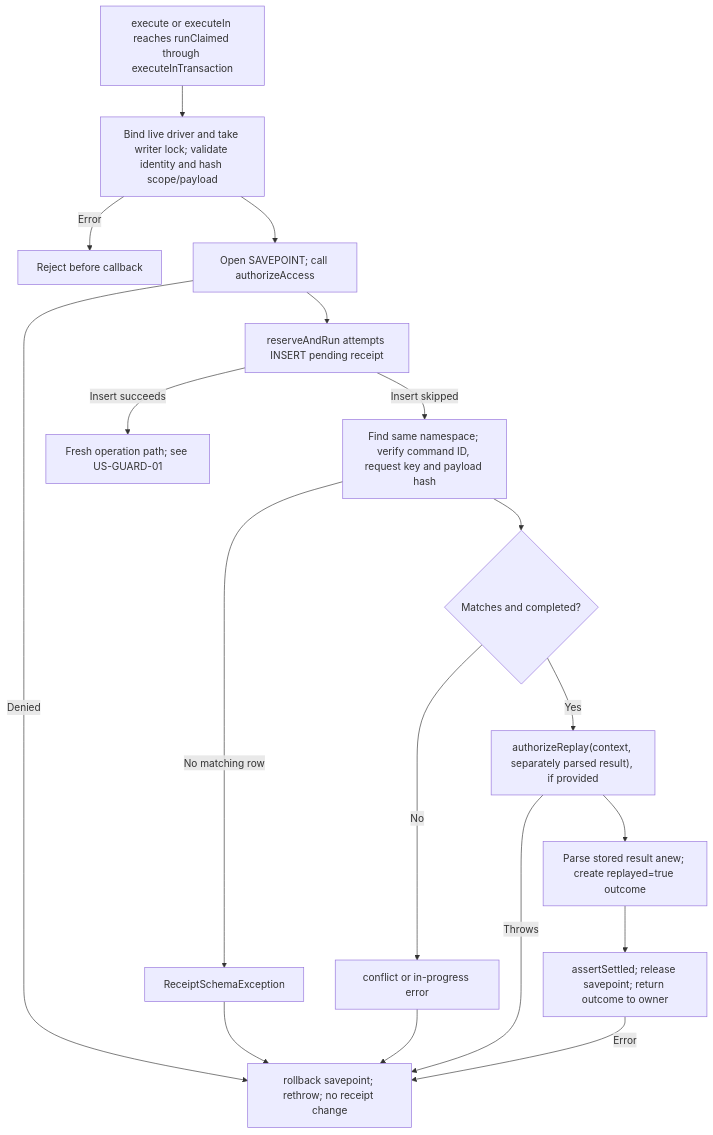
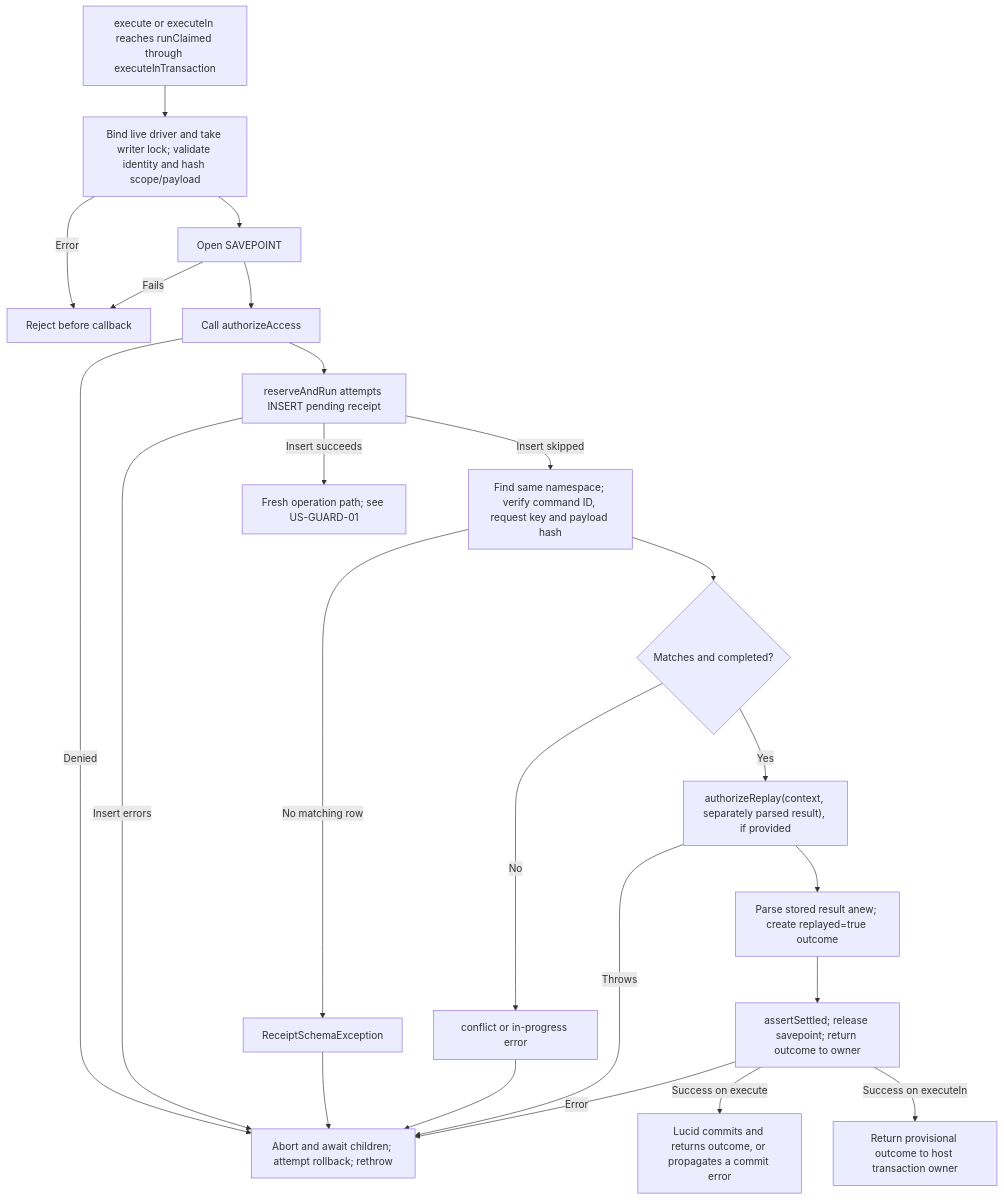
Before and after one commit to Kevinjohn/oss-adonisjs-duplicate-request-guard: the second of 2 diagrams in user-stories/US-GUARD-03-authorize-replay.md, drawn with Mermaid. The commit also changed other lines of this file and 7 other files, not shown here.

````diff
--- a/user-stories/US-GUARD-03-authorize-replay.md
+++ b/user-stories/US-GUARD-03-authorize-replay.md
@@ -43,20 +43,25 @@
 ```mermaid
 flowchart TD
     A["execute or executeIn reaches runClaimed through executeInTransaction"] --> V["Bind live driver and take writer lock; validate identity and hash scope/payload"]
     V -->|Error| X["Reject before callback"]
-    V --> A2["Open SAVEPOINT; call authorizeAccess"]
-    A2 -->|Denied| Z["rollback savepoint; rethrow; no receipt change"]
+    V --> S2["Open SAVEPOINT"]
+    S2 -->|Fails| X
+    S2 --> A2["Call authorizeAccess"]
+    A2 -->|Denied| Z["Abort and await children; attempt rollback; rethrow"]
     A2 --> B["reserveAndRun attempts INSERT pending receipt"]
+    B -->|Insert errors| Z
     B -->|Insert succeeds| N["Fresh operation path; see US-GUARD-01"]
     B -->|Insert skipped| C["Find same namespace; verify command ID, request key and payload hash"]
     C -->|No matching row| S["ReceiptSchemaException"]
     S --> Z
     C --> D{"Matches and completed?"}
     D -->|No| E["conflict or in-progress error"]
     E --> Z
     D -->|Yes| G["authorizeReplay(context, separately parsed result), if provided"]
     G -->|Throws| Z
     G --> H["Parse stored result anew; create replayed=true outcome"]
     H --> T["assertSettled; release savepoint; return outcome to owner"]
     T -->|Error| Z
+    T -->|Success on execute| O["Lucid commits and returns outcome, or propagates a commit error"]
+    T -->|Success on executeIn| P["Return provisional outcome to host transaction owner"]
 ```
````
